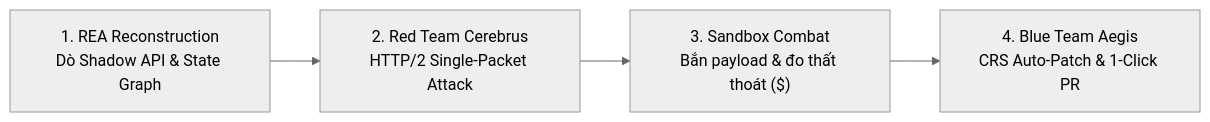
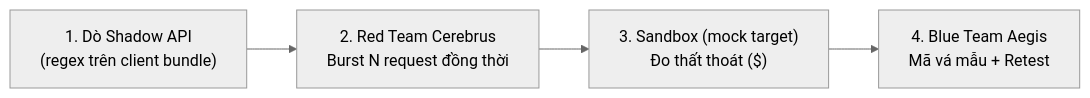
Before and after one commit to Faewon/AIGIS: the diagram in AIGIS_SUMMARY.md, drawn with Mermaid (neutral theme). The commit also changed other lines of this file and 9 other files, not shown here.

````diff
--- a/AIGIS_SUMMARY.md
+++ b/AIGIS_SUMMARY.md
@@ -20,6 +21,6 @@
 ```mermaid
 flowchart LR
-    A["1. REA Reconstruction<br/>Dò Shadow API & State Graph"] --> B["2. Red Team Cerebrus<br/>HTTP/2 Single-Packet Attack"]
-    B --> C["3. Sandbox Combat<br/>Bắn payload & đo thất thoát ($)"]
-    C --> D["4. Blue Team Aegis<br/>CRS Auto-Patch & 1-Click PR"]
+    A["1. Dò Shadow API<br/>(regex trên client bundle)"] --> B["2. Red Team Cerebrus<br/>Burst N request đồng thời"]
+    B --> C["3. Sandbox (mock target)<br/>Đo thất thoát ($)"]
+    C --> D["4. Blue Team Aegis<br/>Mã vá mẫu + Retest"]
 ```
````
